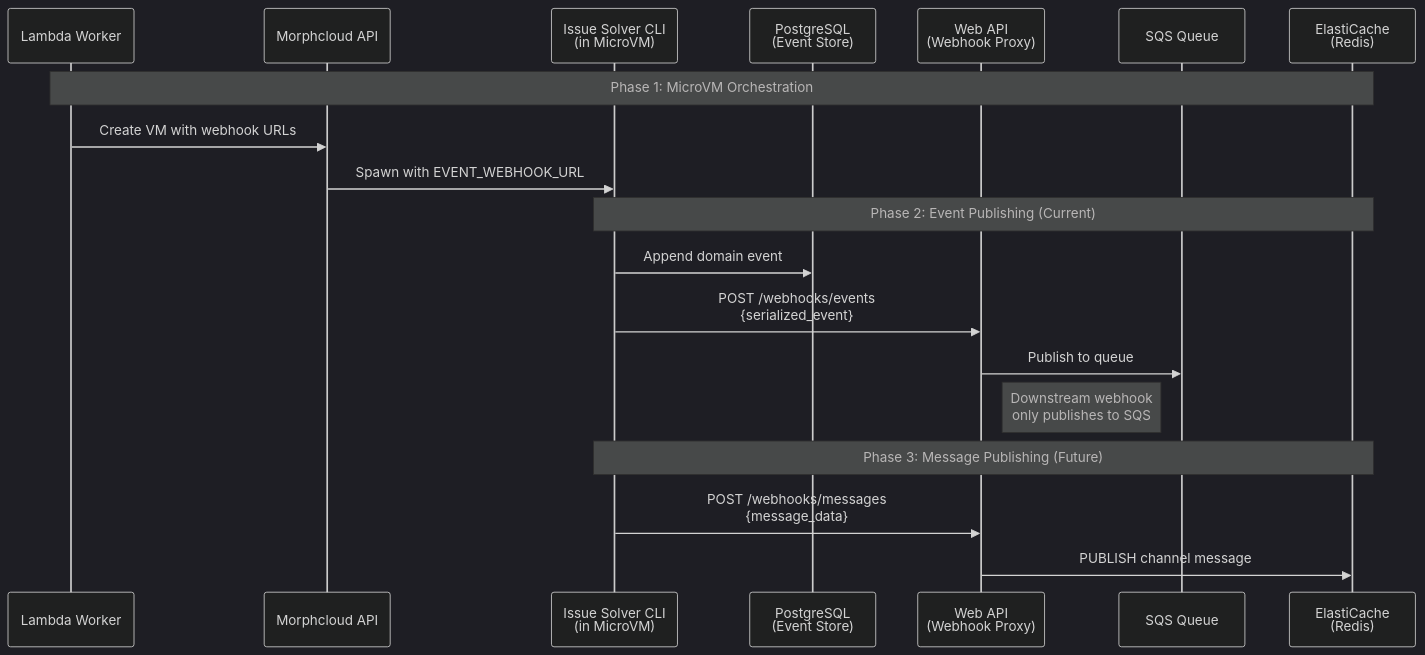
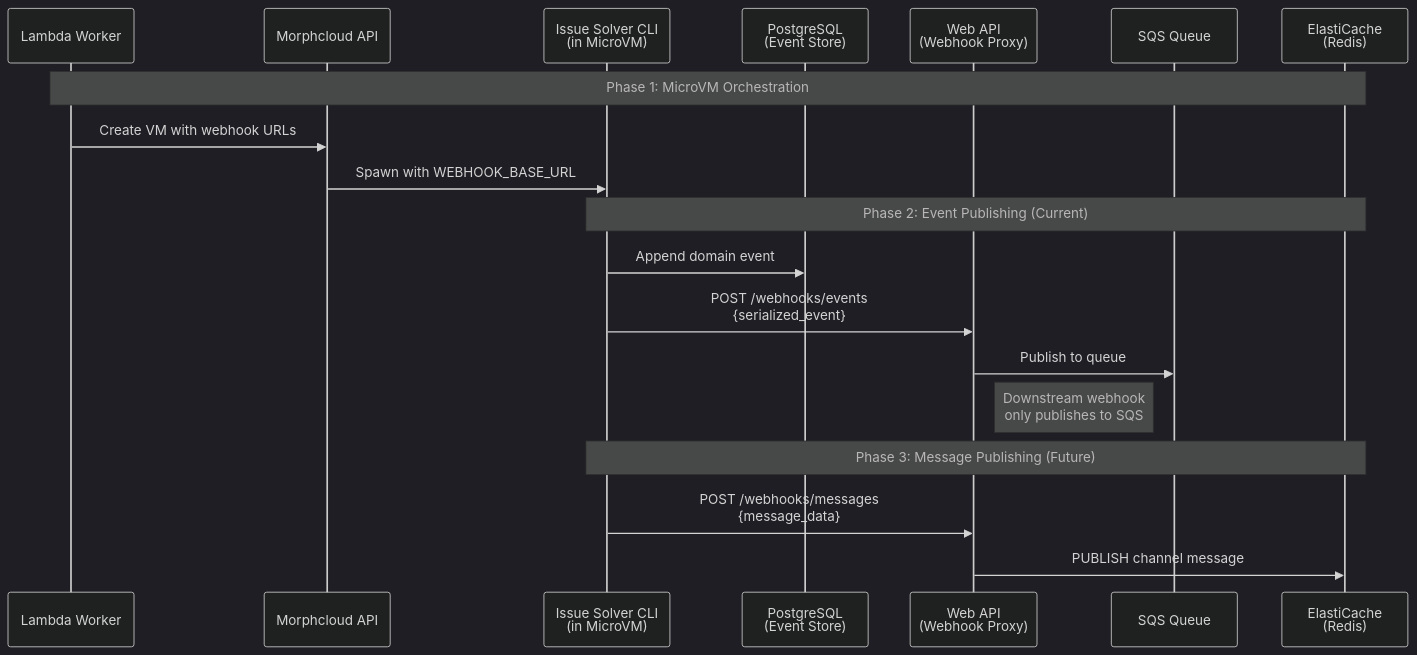
Before and after one commit to umans-tech/issue-solver-bots: the second of 5 diagrams in docs/decisions/0006-webhook-proxy-pattern-for-microvm-to-aws-communication.md, drawn with Mermaid (dark theme). The commit also changed other lines of this file and 5 other files, not shown here.

First line of the commit message:
refactor(webhooks): use base API URL to support multiple webhook endpoints ✨

````diff
--- a/docs/decisions/0006-webhook-proxy-pattern-for-microvm-to-aws-communication.md
+++ b/docs/decisions/0006-webhook-proxy-pattern-for-microvm-to-aws-communication.md
@@ -80,24 +80,24 @@
 ```mermaid
 sequenceDiagram
     participant Worker as Lambda Worker
     participant MorphVM as Morphcloud API
     participant CLI as Issue Solver CLI<br/>(in MicroVM)
     participant PostgreSQL as PostgreSQL<br/>(Event Store)
     participant WebAPI as Web API<br/>(Webhook Proxy)
     participant SQS as SQS Queue
     participant ElastiCache as ElastiCache<br/>(Redis)
     
     Note over Worker,ElastiCache: Phase 1: MicroVM Orchestration
     Worker->>MorphVM: Create VM with webhook URLs
-    MorphVM->>CLI: Spawn with EVENT_WEBHOOK_URL
+    MorphVM->>CLI: Spawn with WEBHOOK_BASE_URL
     
     Note over CLI,ElastiCache: Phase 2: Event Publishing (Current)
     CLI->>PostgreSQL: Append domain event
     CLI->>WebAPI: POST /webhooks/events<br/>{serialized_event}
     WebAPI->>SQS: Publish to queue
     Note right of WebAPI: Downstream webhook<br/>only publishes to SQS
     
     Note over CLI,ElastiCache: Phase 3: Message Publishing (Future)
     CLI->>WebAPI: POST /webhooks/messages<br/>{message_data}
     WebAPI->>ElastiCache: PUBLISH channel message
 ```
````
